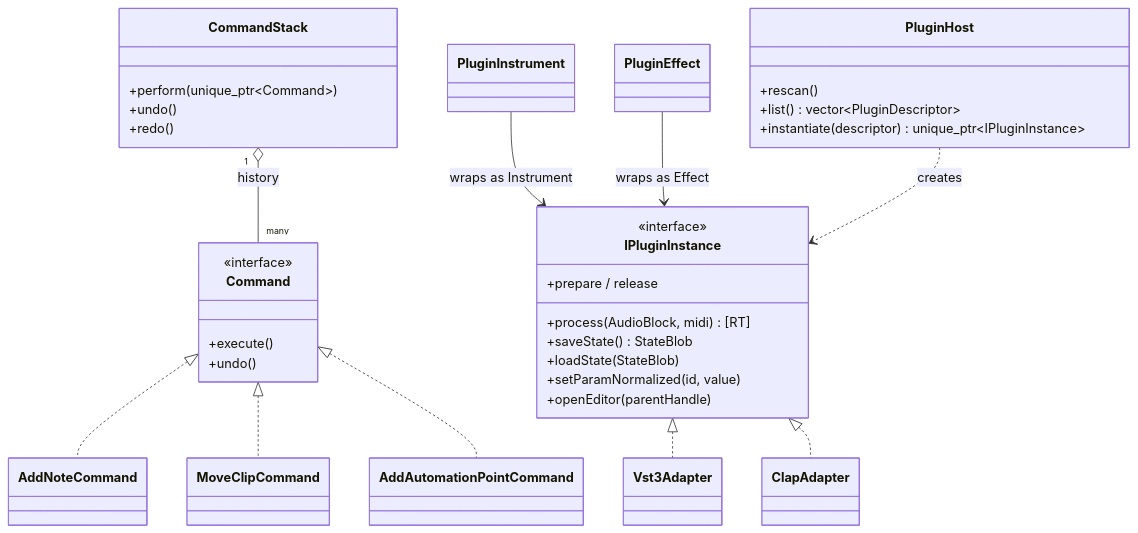
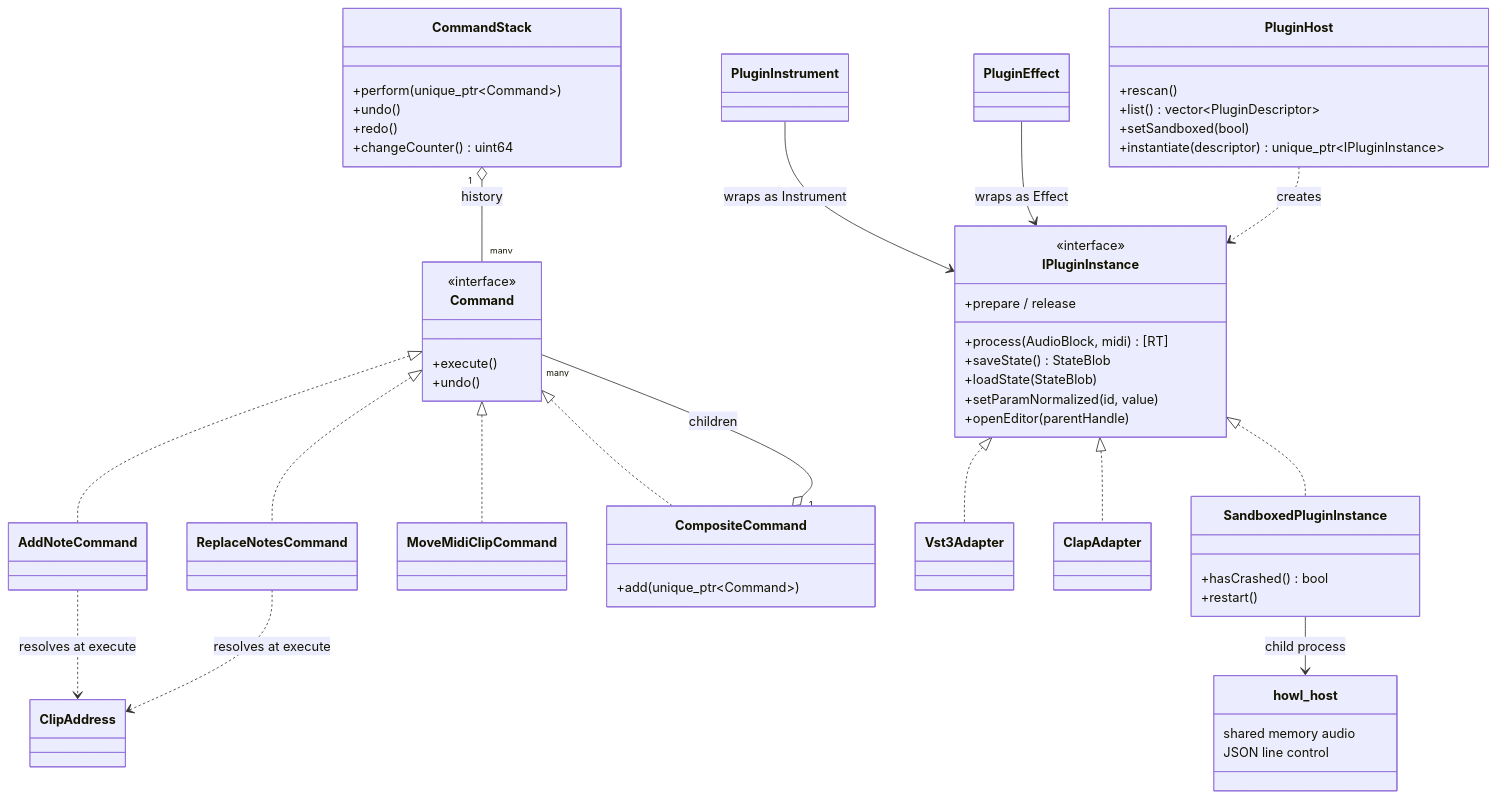
Before and after one commit to ajnieves1/Howl: the fourth of 4 diagrams in docs/classes.md, drawn with Mermaid. The commit also changed other lines of this file and 3 other files, not shown here.

First line of the commit message:
bring the reference docs up to date with the current architecture

````diff
--- a/docs/classes.md
+++ b/docs/classes.md
@@ -184,44 +213,64 @@
 ```mermaid
 classDiagram
     class Command {
         <<interface>>
         +execute()
         +undo()
     }
     class CommandStack {
         +perform(unique_ptr~Command~)
         +undo()
         +redo()
+        +changeCounter() uint64
     }
     class AddNoteCommand
-    class MoveClipCommand
-    class AddAutomationPointCommand
+    class ReplaceNotesCommand
+    class MoveMidiClipCommand
+    class CompositeCommand {
+        +add(unique_ptr~Command~)
+    }
     Command <|.. AddNoteCommand
-    Command <|.. MoveClipCommand
-    Command <|.. AddAutomationPointCommand
+    Command <|.. ReplaceNotesCommand
+    Command <|.. MoveMidiClipCommand
+    Command <|.. CompositeCommand
+    CompositeCommand "1" o-- "many" Command : children
     CommandStack "1" o-- "many" Command : history
+    AddNoteCommand ..> ClipAddress : resolves at execute
+    ReplaceNotesCommand ..> ClipAddress : resolves at execute
+    class ClipAddress
 
     class IPluginInstance {
         <<interface>>
         +prepare / release
         +process(AudioBlock, midi) [RT]
         +saveState() StateBlob
         +loadState(StateBlob)
         +setParamNormalized(id, value)
         +openEditor(parentHandle)
     }
     class Vst3Adapter
     class ClapAdapter
+    class SandboxedPluginInstance {
+        +hasCrashed() bool
+        +restart()
+    }
     class PluginInstrument
     class PluginEffect
     class PluginHost {
         +rescan()
         +list() vector~PluginDescriptor~
+        +setSandboxed(bool)
         +instantiate(descriptor) unique_ptr~IPluginInstance~
     }
     IPluginInstance <|.. Vst3Adapter
     IPluginInstance <|.. ClapAdapter
+    IPluginInstance <|.. SandboxedPluginInstance
+    SandboxedPluginInstance --> howl_host : child process
+    class howl_host {
+        shared memory audio
+        JSON line control
+    }
     PluginInstrument --> IPluginInstance : wraps as Instrument
     PluginEffect --> IPluginInstance : wraps as Effect
     PluginHost ..> IPluginInstance : creates
 ```
````
